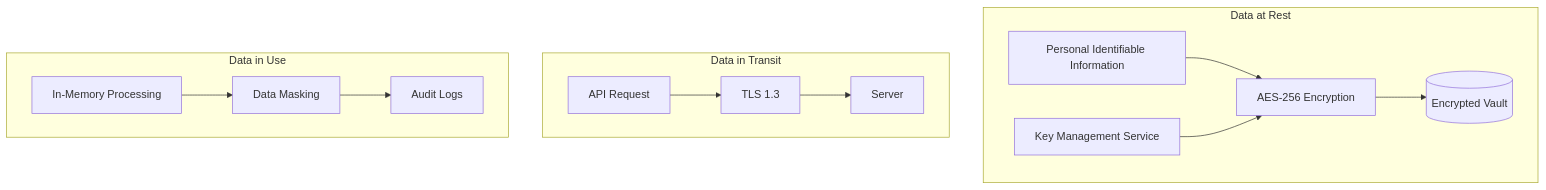
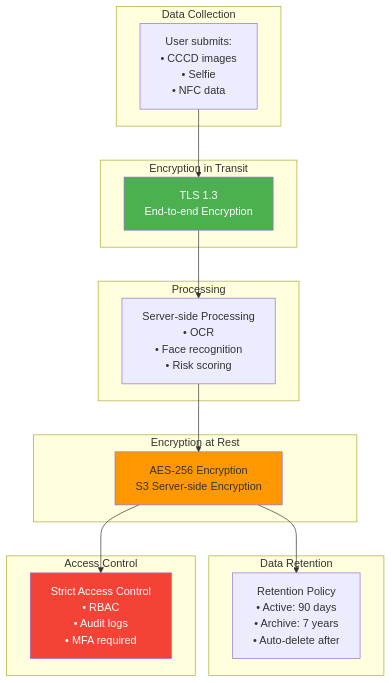
The eighth of 8 diagrams in 07-Dich-vu-Dinh-danh-eKYC.md (huuhoait/openbanking-vn-specs), drawn with Mermaid before and after one commit. The commit also changed other lines of this file and 14 other files, not shown here.

````diff
--- a/07-Dich-vu-Dinh-danh-eKYC.md
+++ b/07-Dich-vu-Dinh-danh-eKYC.md
@@ -584,31 +488,36 @@
 ```mermaid
 graph TB
-    subgraph "Data at Rest"
-        PII[Personal Identifiable Information]
-        Encrypt[AES-256 Encryption]
-        KMS[Key Management Service]
-        Vault[(Encrypted Vault)]
-        
-        PII --> Encrypt
-        KMS --> Encrypt
-        Encrypt --> Vault
+    subgraph "Data Collection"
+        Collect[User submits:<br/>• CCCD images<br/>• Selfie<br/>• NFC data]
     end
     
-    subgraph "Data in Transit"
-        API[API Request]
-        TLS[TLS 1.3]
-        Server[Server]
-        
-        API --> TLS
-        TLS --> Server
+    subgraph "Encryption in Transit"
+        TLS[TLS 1.3<br/>End-to-end Encryption]
     end
     
-    subgraph "Data in Use"
-        Memory[In-Memory Processing]
-        Mask[Data Masking]
-        Log[Audit Logs]
-        
-        Memory --> Mask
-        Mask --> Log
+    subgraph "Processing"
+        Process[Server-side Processing<br/>• OCR<br/>• Face recognition<br/>• Risk scoring]
     end
+    
+    subgraph "Encryption at Rest"
+        Storage[AES-256 Encryption<br/>S3 Server-side Encryption]
+    end
+    
+    subgraph "Data Retention"
+        Retention[Retention Policy<br/>• Active: 90 days<br/>• Archive: 7 years<br/>• Auto-delete after]
+    end
+    
+    subgraph "Access Control"
+        Access[Strict Access Control<br/>• RBAC<br/>• Audit logs<br/>• MFA required]
+    end
+    
+    Collect --> TLS
+    TLS --> Process
+    Process --> Storage
+    Storage --> Retention
+    Storage --> Access
+    
+    style TLS fill:#4caf50,color:#fff
+    style Storage fill:#ff9800
+    style Access fill:#f44336,color:#fff
 ```
````
